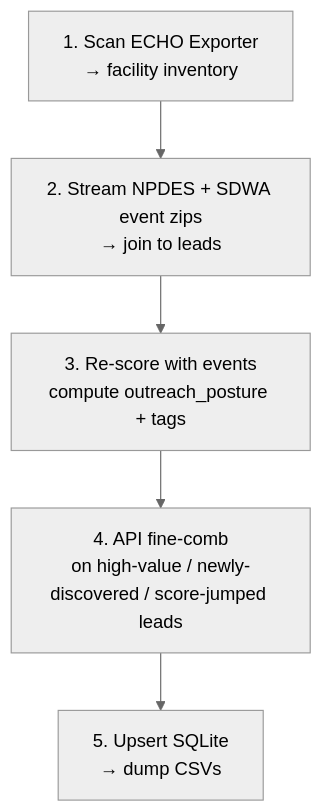
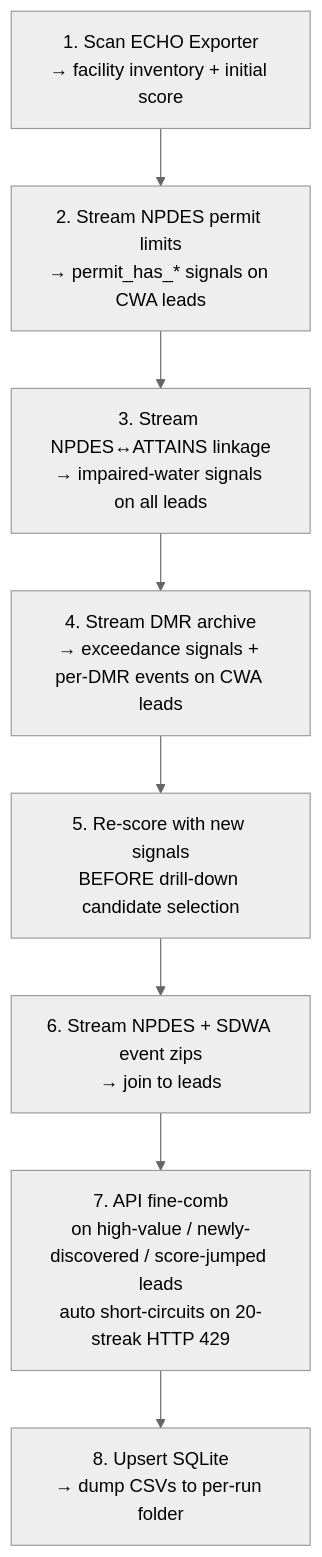
One commit to stephen-hepper/Work changed the second of 2 diagrams in EPA/chemtreat_water_leads/DIAGRAM.md. Above: the diagram before and after it, drawn with Mermaid (neutral theme). The commit also changed other lines of this file and 8 other files, not shown here.

````diff
--- a/EPA/chemtreat_water_leads/DIAGRAM.md
+++ b/EPA/chemtreat_water_leads/DIAGRAM.md
@@ -33,7 +33,10 @@
 ```mermaid
 flowchart TD
-    A[1. Scan ECHO Exporter<br/>→ facility inventory] --> B[2. Stream NPDES + SDWA event zips<br/>→ join to leads]
-    B --> C[3. Re-score with events<br/>compute outreach_posture + tags]
-    C --> D[4. API fine-comb<br/>on high-value / newly-discovered / score-jumped leads]
-    D --> E[5. Upsert SQLite<br/>→ dump CSVs]
+    A[1. Scan ECHO Exporter<br/>→ facility inventory + initial score] --> B[2. Stream NPDES permit limits<br/>→ permit_has_* signals on CWA leads]
+    B --> C[3. Stream NPDES↔ATTAINS linkage<br/>→ impaired-water signals on all leads]
+    C --> D[4. Stream DMR archive<br/>→ exceedance signals + per-DMR events on CWA leads]
+    D --> E[5. Re-score with new signals<br/>BEFORE drill-down candidate selection]
+    E --> F[6. Stream NPDES + SDWA event zips<br/>→ join to leads]
+    F --> G[7. API fine-comb<br/>on high-value / newly-discovered / score-jumped leads<br/>auto short-circuits on 20-streak HTTP 429]
+    G --> H[8. Upsert SQLite<br/>→ dump CSVs to per-run folder]
 ```
````
